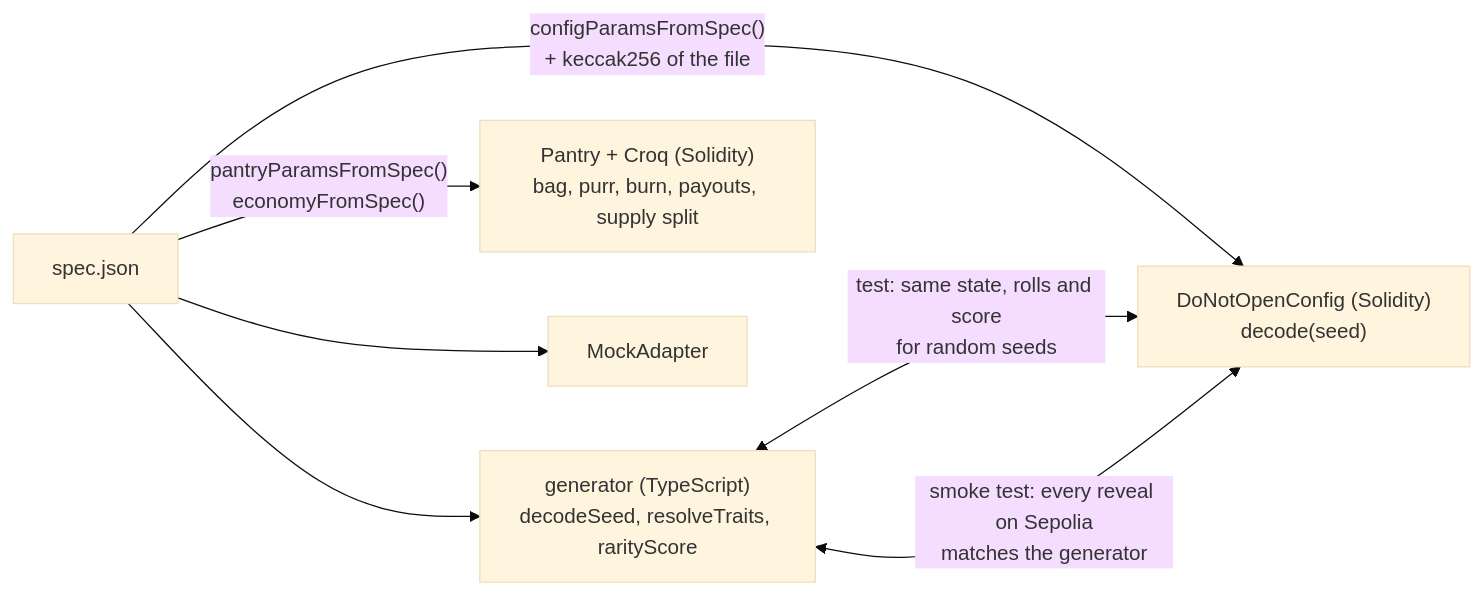
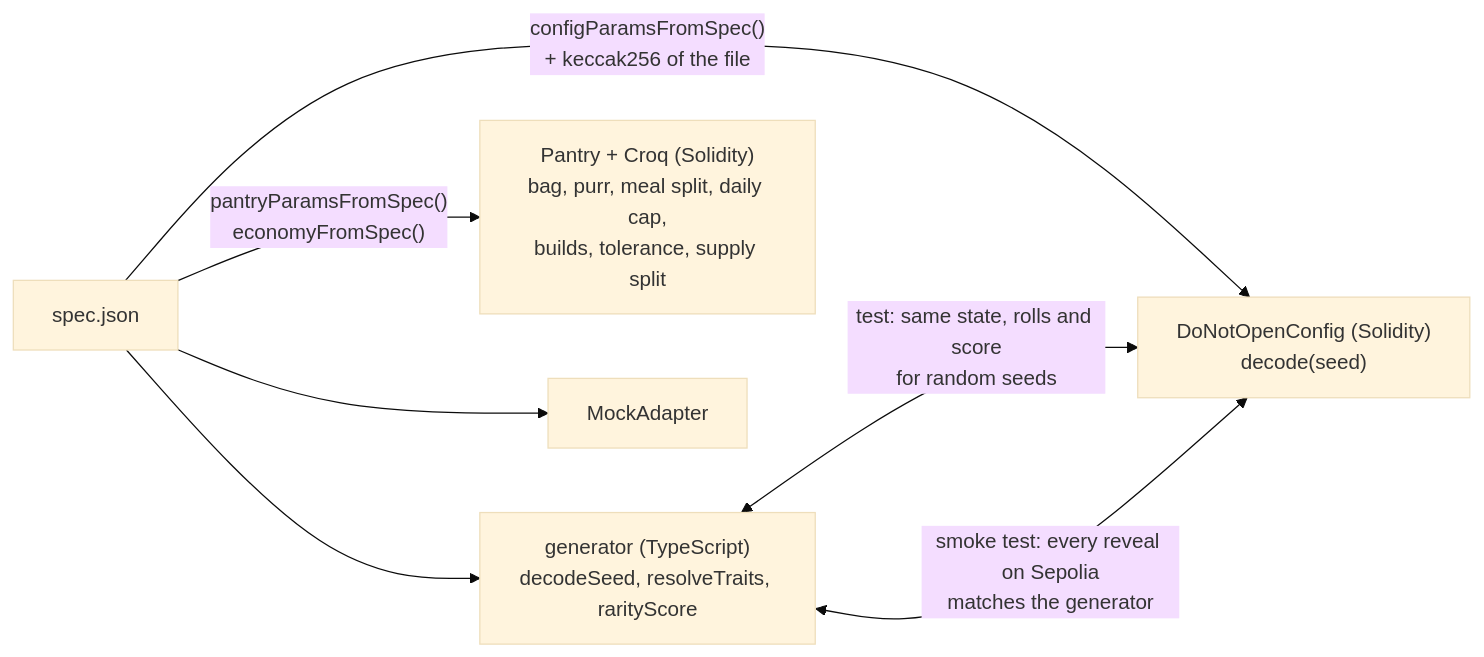
One commit to jecombe/do_not_open changed the second of 6 diagrams in docs/ARCHITECTURE.md. Above: the diagram before and after it, drawn with Mermaid (base theme). The commit also changed other lines of this file and 52 other files, not shown here.

````diff
--- a/docs/ARCHITECTURE.md
+++ b/docs/ARCHITECTURE.md
@@ -48,10 +48,10 @@
 ```mermaid
 flowchart LR
   json["spec.json"]
   json --> ts["generator (TypeScript)<br/>decodeSeed, resolveTraits, rarityScore"]
   json -- "configParamsFromSpec()<br/>+ keccak256 of the file" --> cfg["DoNotOpenConfig (Solidity)<br/>decode(seed)"]
-  json -- "pantryParamsFromSpec()<br/>economyFromSpec()" --> pantry["Pantry + Croq (Solidity)<br/>bag, purr, burn, payouts, supply split"]
+  json -- "pantryParamsFromSpec()<br/>economyFromSpec()" --> pantry["Pantry + Croq (Solidity)<br/>bag, purr, meal split, daily cap,<br/>builds, tolerance, supply split"]
   json --> mock["MockAdapter"]
   ts <-- "test: same state, rolls and score<br/>for random seeds" --> cfg
   ts <-- "smoke test: every reveal on Sepolia<br/>matches the generator" --> cfg
 ```
````
